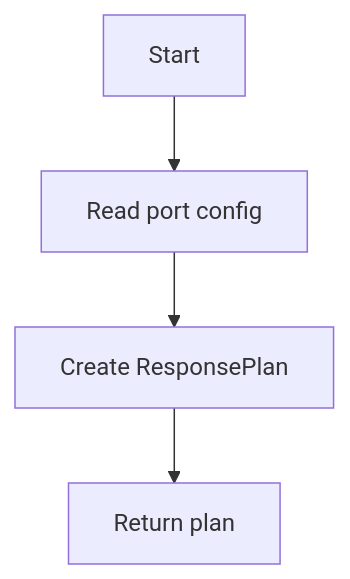
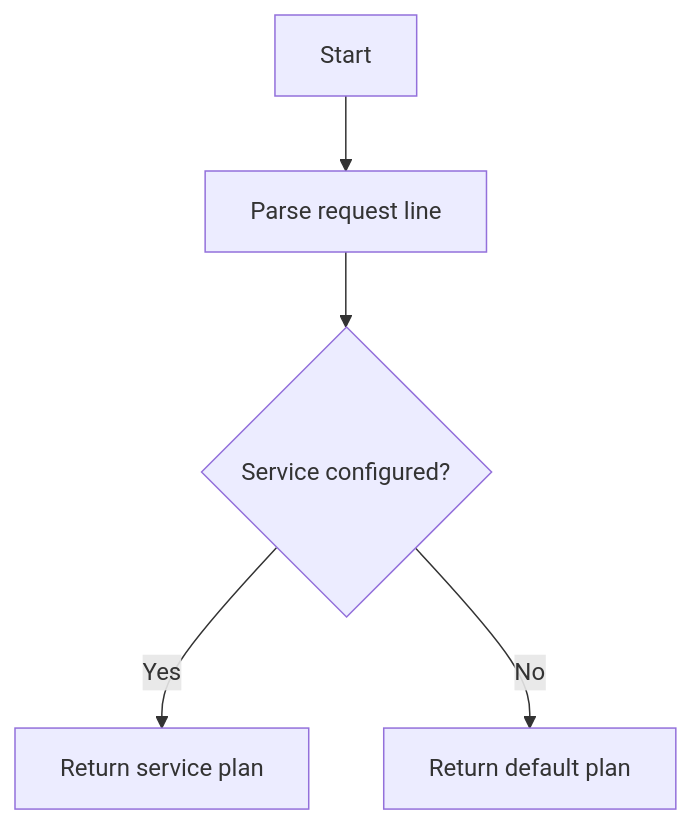
Before and after one commit to SkySai1/icap-stub: the diagram in docs/port_handler.md, drawn with Mermaid. The commit also changed other lines of this file and 15 other files, not shown here.

````diff
--- a/docs/port_handler.md
+++ b/docs/port_handler.md
@@ -18,6 +20,7 @@
 ```mermaid
 flowchart TD
-    A[Start] --> B[Read port config]
-    B --> C[Create ResponsePlan]
-    C --> D[Return plan]
+    A[Start] --> B[Parse request line]
+    B --> C{Service configured?}
+    C -- Yes --> D[Return service plan]
+    C -- No --> E[Return default plan]
 ```
````
